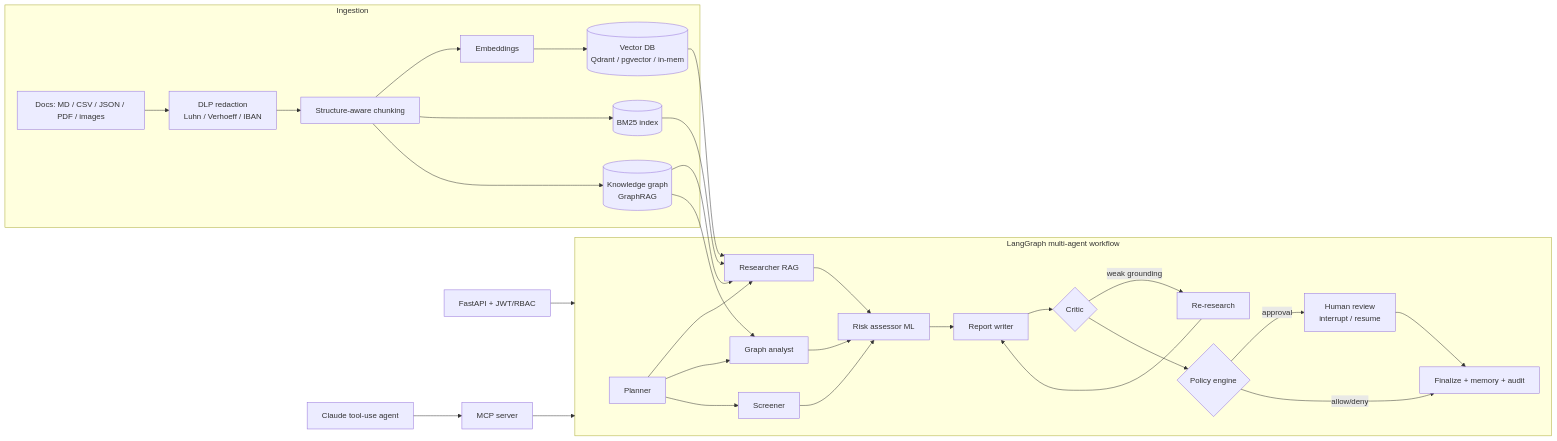
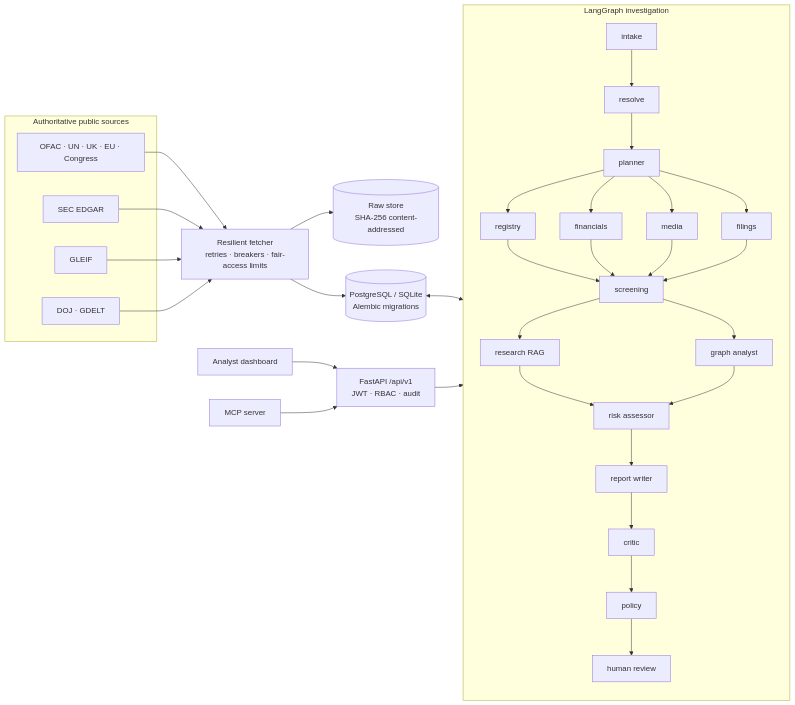
One commit to Shraddhatodkari/sentinel-dd changed the diagram in README.md. Above: the diagram before and after it, drawn with Mermaid. The commit also changed other lines of this file and 51 other files, not shown here.

First line of the commit message:
docs: architecture, operations, security, governance and evaluation for v2

````diff
--- a/README.md
+++ b/README.md
@@ -48,29 +71,23 @@
 ```mermaid
 flowchart LR
-  subgraph Ingestion
-    D[Docs: MD / CSV / JSON / PDF / images] --> DLP[DLP redaction<br/>Luhn / Verhoeff / IBAN]
-    DLP --> CH[Structure-aware chunking]
-    CH --> EMB[Embeddings]
-    EMB --> VDB[(Vector DB<br/>Qdrant / pgvector / in-mem)]
-    CH --> BM[(BM25 index)]
-    CH --> KG[(Knowledge graph<br/>GraphRAG)]
+  subgraph Sources[Authoritative public sources]
+    L[OFAC · UN · UK · EU · Congress]:::s
+    E[SEC EDGAR]:::s
+    G[GLEIF]:::s
+    D[DOJ · GDELT]:::s
   end
-  subgraph Agents[LangGraph multi-agent workflow]
-    P[Planner] --> R[Researcher RAG]
-    P --> G[Graph analyst]
-    P --> S[Screener]
-    R & G & S --> RA[Risk assessor ML]
-    RA --> W[Report writer]
-    W --> C{Critic}
-    C -- weak grounding --> RR[Re-research] --> W
-    C --> PE{Policy engine}
-    PE -- approval --> H[Human review<br/>interrupt / resume]
-    PE -- allow/deny --> F[Finalize + memory + audit]
-    H --> F
+  L & E & G & D --> F[Resilient fetcher<br/>retries · breakers · fair-access limits]
+  F --> RS[(Raw store<br/>SHA-256 content-addressed)]
+  F --> DB[(PostgreSQL / SQLite<br/>Alembic migrations)]
+  subgraph Graph[LangGraph investigation]
+    I[intake] --> R[resolve] --> P[planner]
+    P --> C1[registry] & C2[financials] & C3[media] & C4[filings]
+    C1 & C2 & C3 & C4 --> S[screening]
+    S --> RA[research RAG] & GA[graph analyst]
+    RA & GA --> A[risk assessor] --> W[report writer] --> CR[critic] --> PO[policy] --> H[human review]
   end
-  API[FastAPI + JWT/RBAC] --> Agents
-  MCP[MCP server] --> Agents
-  Claude[Claude tool-use agent] --> MCP
-  VDB & BM & KG --> R
-  KG --> G
+  DB <--> Graph
+  API[FastAPI /api/v1<br/>JWT · RBAC · audit] --> Graph
+  UI[Analyst dashboard] --> API
+  MCP[MCP server] --> API
 ```
````
